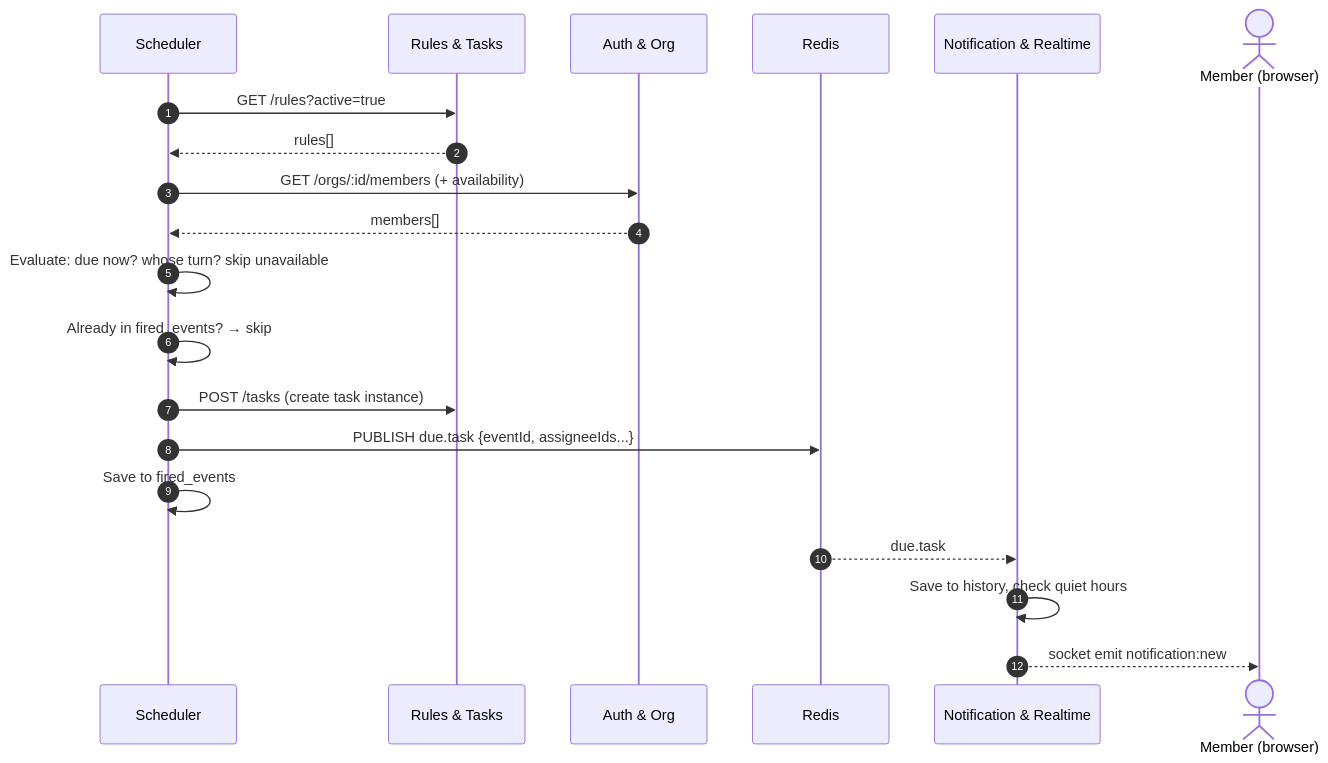
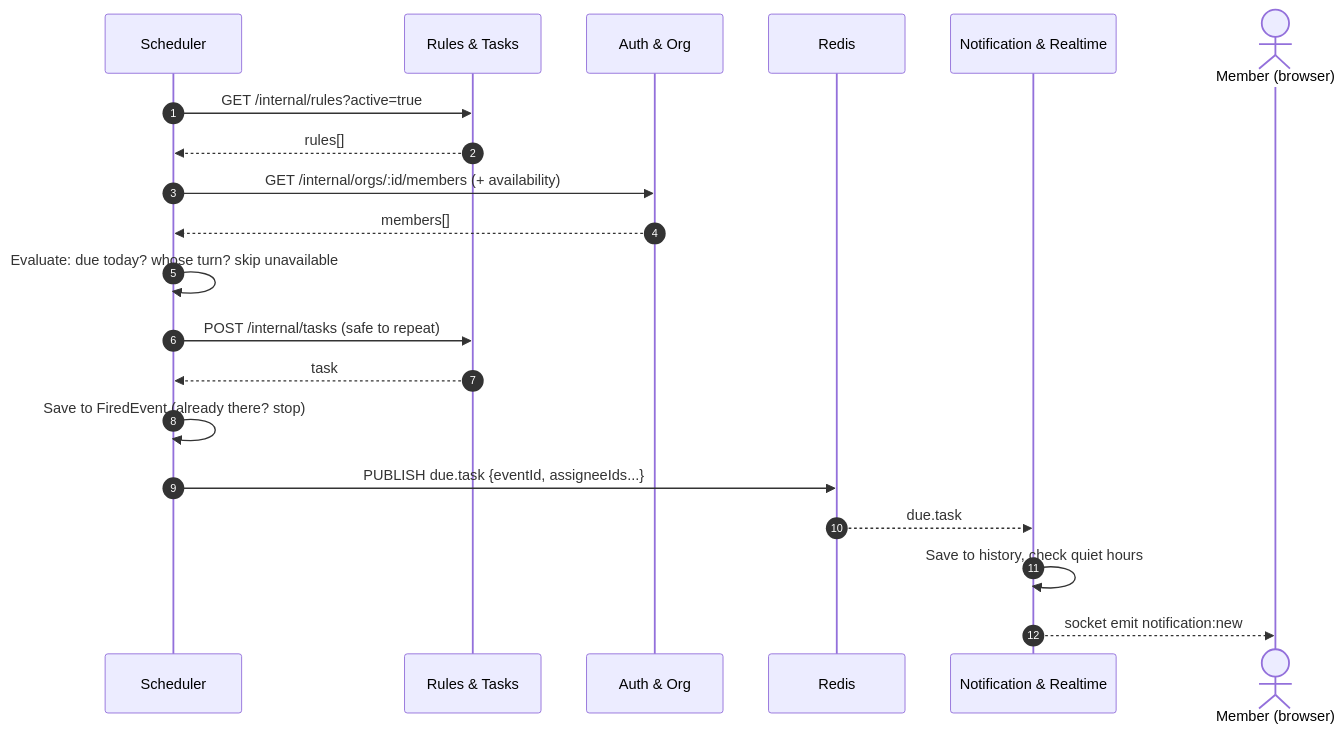
The second of 11 diagrams in docs/architecture.md (Vivianmurathimi/orgpulse), drawn with Mermaid before and after one commit. The commit also changed other lines of this file and 5 other files, not shown here.

````diff
--- a/docs/architecture.md
+++ b/docs/architecture.md
@@ -113,23 +118,23 @@
 ```mermaid
 sequenceDiagram
     autonumber
     participant S as Scheduler
     participant R as Rules & Tasks
     participant A as Auth & Org
     participant Q as Redis
     participant N as Notification & Realtime
     actor M as Member (browser)
 
-    S->>R: GET /rules?active=true
+    S->>R: GET /internal/rules?active=true
     R-->>S: rules[]
-    S->>A: GET /orgs/:id/members (+ availability)
+    S->>A: GET /internal/orgs/:id/members (+ availability)
     A-->>S: members[]
-    S->>S: Evaluate: due now? whose turn? skip unavailable
-    S->>S: Already in fired_events? → skip
-    S->>R: POST /tasks (create task instance)
+    S->>S: Evaluate: due today? whose turn? skip unavailable
+    S->>R: POST /internal/tasks (safe to repeat)
+    R-->>S: task
+    S->>S: Save to FiredEvent (already there? stop)
     S->>Q: PUBLISH due.task {eventId, assigneeIds...}
-    S->>S: Save to fired_events
     Q-->>N: due.task
     N->>N: Save to history, check quiet hours
     N-->>M: socket emit notification:new
 ```
````
